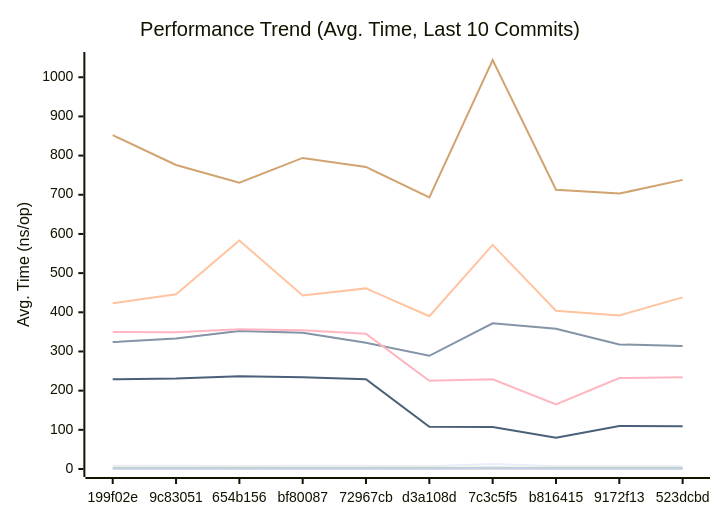
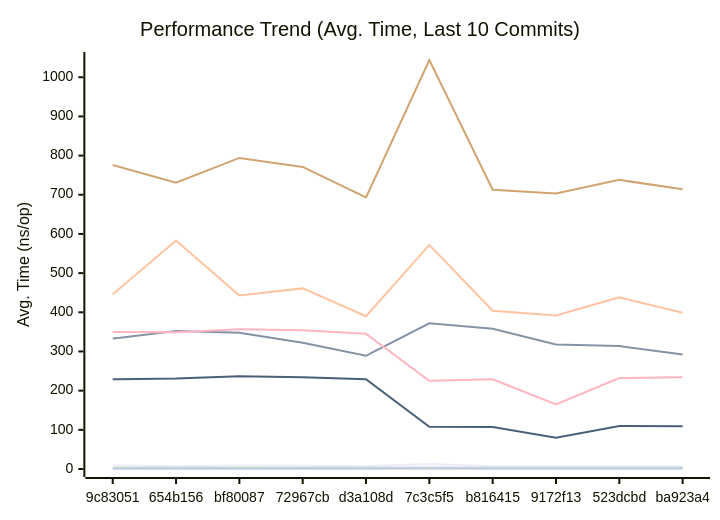
One commit to alsotoes/momo changed the first of 3 diagrams in docs/PERFORMANCE.md. Above: the diagram before and after it, drawn with Mermaid. The commit also changed other lines of this file and 2 other files, not shown here.

````diff
--- a/docs/PERFORMANCE.md
+++ b/docs/PERFORMANCE.md
@@ -80,16 +80,16 @@
 ```mermaid
 xychart-beta
     title "Performance Trend (Avg. Time, Last 10 Commits)"
     x-axis "Commit"
     y-axis "Avg. Time (ns/op)"
-    x-axis [199f02e,9c83051,654b156,bf80087,72967cb,d3a108d,7c3c5f5,b816415,9172f13,523dcbd]
-    line "CheckMetricsAndSwap" [8,9,7,9,8,7,13,7,7,7]
-    line "CrushOptimized" [324,333,352,348,322,289,372,358,318,314]
-    line "CrushOriginal" [423,446,583,443,461,390,572,404,392,438]
+    x-axis [9c83051,654b156,bf80087,72967cb,d3a108d,7c3c5f5,b816415,9172f13,523dcbd,ba923a4]
+    line "CheckMetricsAndSwap" [9,7,9,8,7,13,7,7,7,7]
+    line "CrushOptimized" [333,352,348,322,289,372,358,318,314,292]
+    line "CrushOriginal" [446,583,443,461,390,572,404,392,438,399]
     line "IndexDirectTracking" [0,0,0,0,0,0,0,0,0,0]
     line "IndexSearch" [3,3,3,3,3,3,3,3,3,3]
-    line "LoadGlobalConfig" [852,776,731,794,771,693,1044,713,703,738]
-    line "PadString" [2,2,2,2,2,2,3,2,2,2]
+    line "LoadGlobalConfig" [776,731,794,771,693,1044,713,703,738,714]
+    line "PadString" [2,2,2,2,2,3,2,2,2,2]
     line "ParseReplicationOrder_NoPrealloc" [350,349,357,354,345,225,229,165,232,234]
     line "ParseReplicationOrder_Prealloc" [229,231,237,234,229,108,107,80,110,109]
 ```
````
